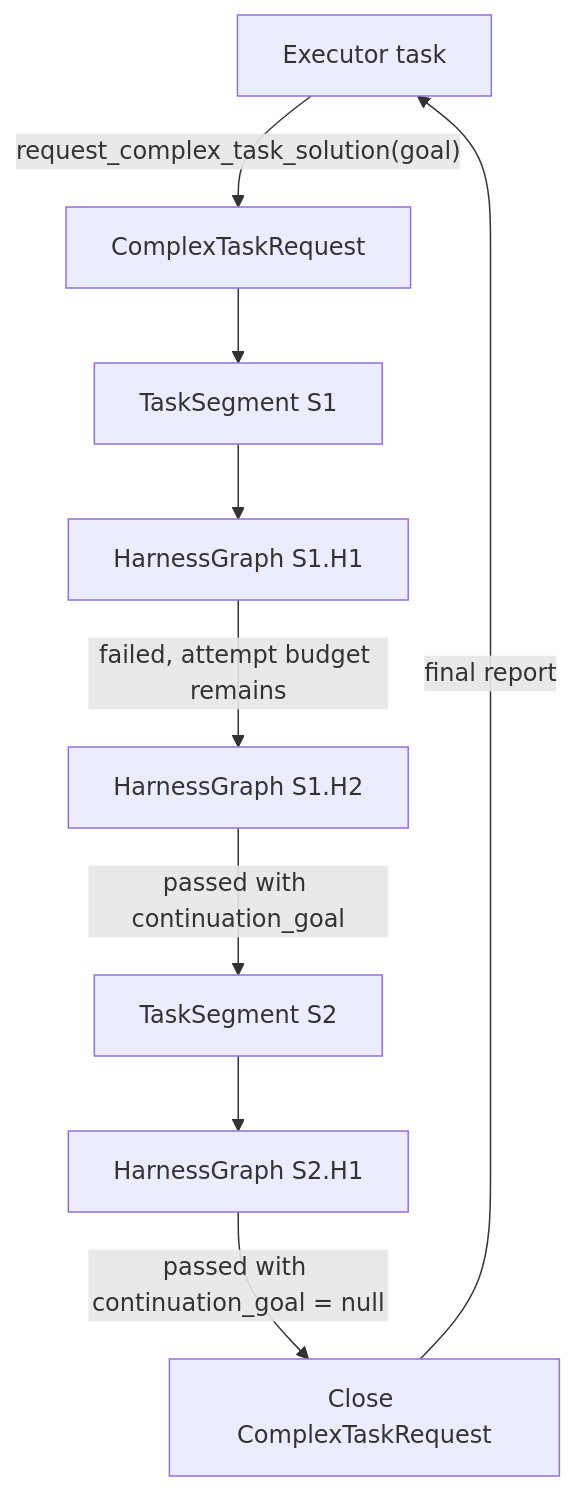
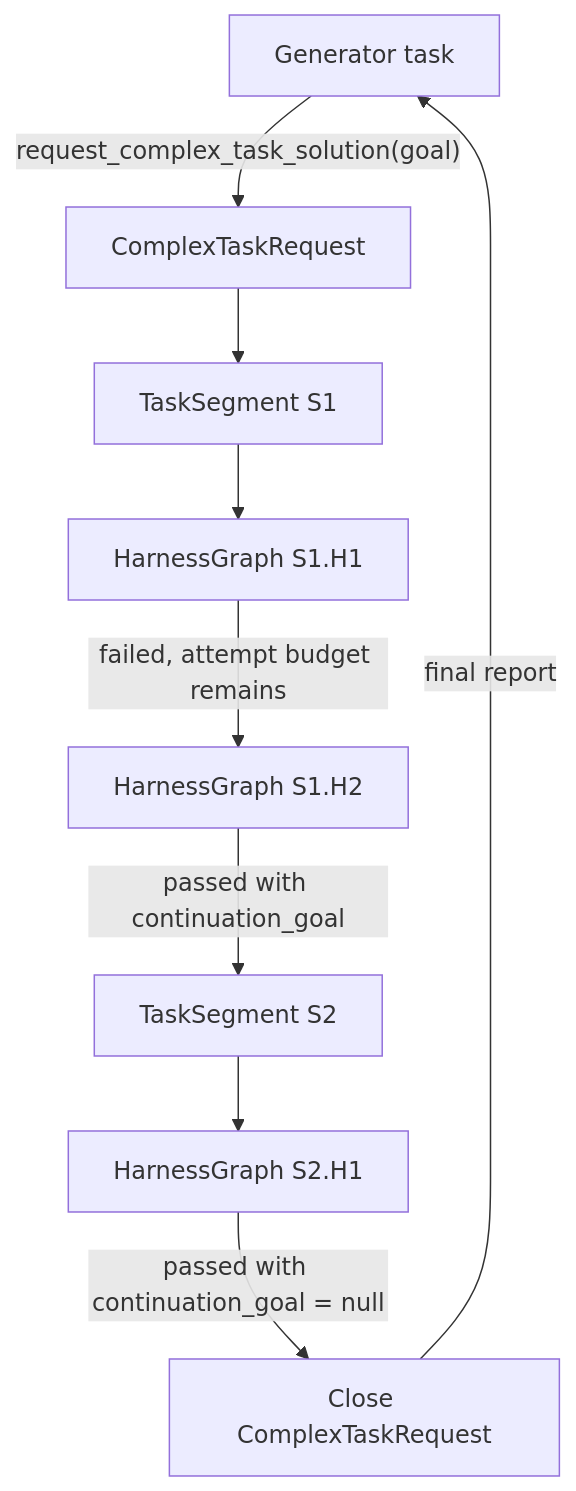
Before and after one commit to Ephemeral-AI-Lab/ephemeral-os: the first of 9 diagrams in docs/architecture/task-center-harness-migration/complex-task-workflow-overview.md, drawn with Mermaid. The commit also changed other lines of this file and 25 other files, not shown here.

Commit message:
Refine complex task generator handoff

````diff
--- a/docs/architecture/task-center-harness-migration/complex-task-workflow-overview.md
+++ b/docs/architecture/task-center-harness-migration/complex-task-workflow-overview.md
@@ -23,11 +23,11 @@
 ```mermaid
 flowchart TD
-    E["Executor task"] -->|"request_complex_task_solution(goal)"| C["ComplexTaskRequest"]
+    E["Generator task"] -->|"request_complex_task_solution(goal)"| C["ComplexTaskRequest"]
     C --> S1["TaskSegment S1"]
     S1 --> H11["HarnessGraph S1.H1"]
     H11 -->|"failed, attempt budget remains"| H12["HarnessGraph S1.H2"]
     H12 -->|"passed with continuation_goal"| S2["TaskSegment S2"]
     S2 --> H21["HarnessGraph S2.H1"]
     H21 -->|"passed with continuation_goal = null"| Close["Close ComplexTaskRequest"]
     Close -->|"final report"| E
 ```
````
